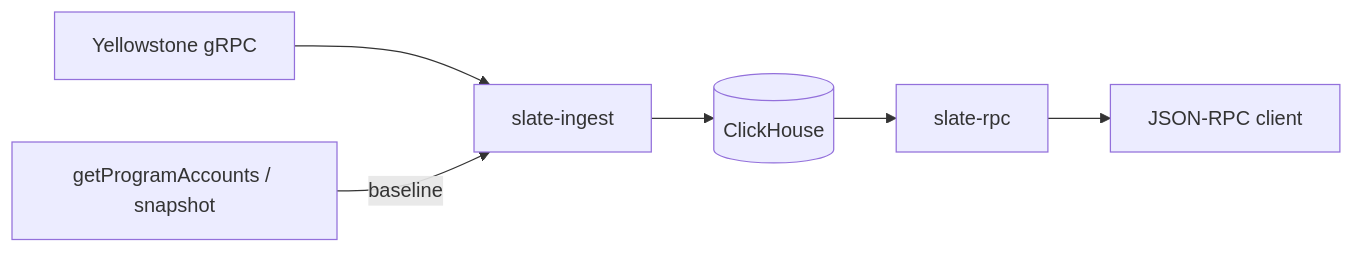
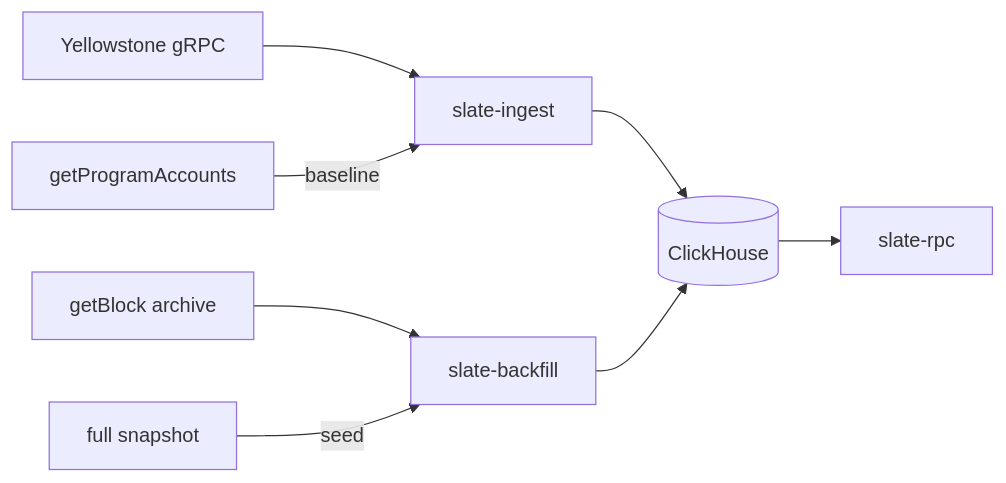
One commit to Mctursh/slate changed the diagram in README.md. Above: the diagram before and after it, drawn with Mermaid. The commit also changed other lines of this file and 3 other files, not shown here.

````diff
--- a/README.md
+++ b/README.md
@@ -35,8 +27,10 @@
 ```mermaid
 flowchart LR
   GRPC[Yellowstone gRPC] --> Ingest[slate-ingest]
-  RPC[getProgramAccounts / snapshot] -->|baseline| Ingest
+  RPC[getProgramAccounts] -->|baseline| Ingest
+  Blocks[getBlock archive] --> Backfill[slate-backfill]
+  Snap[full snapshot] -->|seed| Backfill
   Ingest --> CH[(ClickHouse)]
+  Backfill --> CH
   CH --> Serve[slate-rpc]
-  Serve --> Client[JSON-RPC client]
 ```
````
